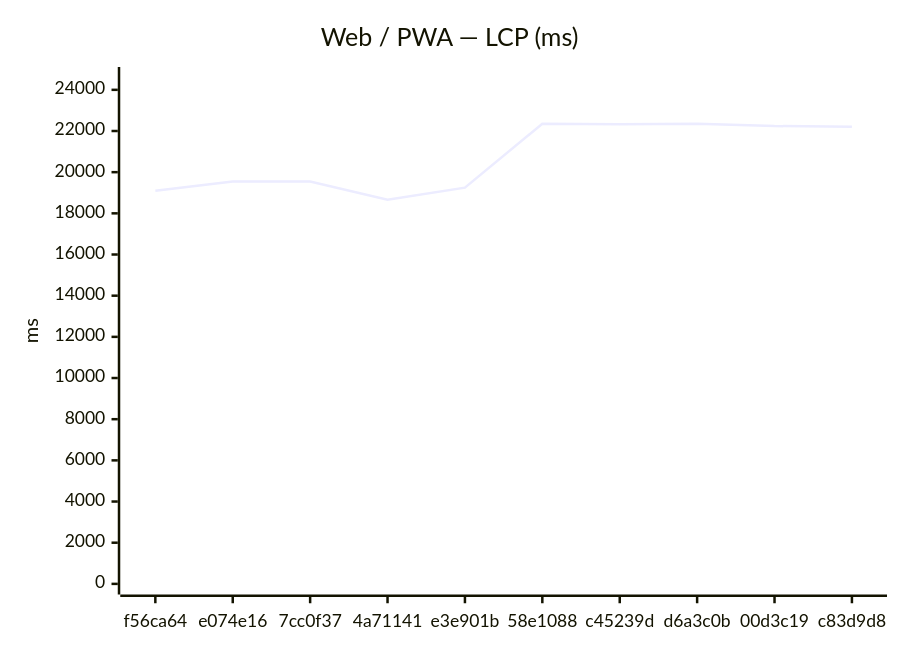
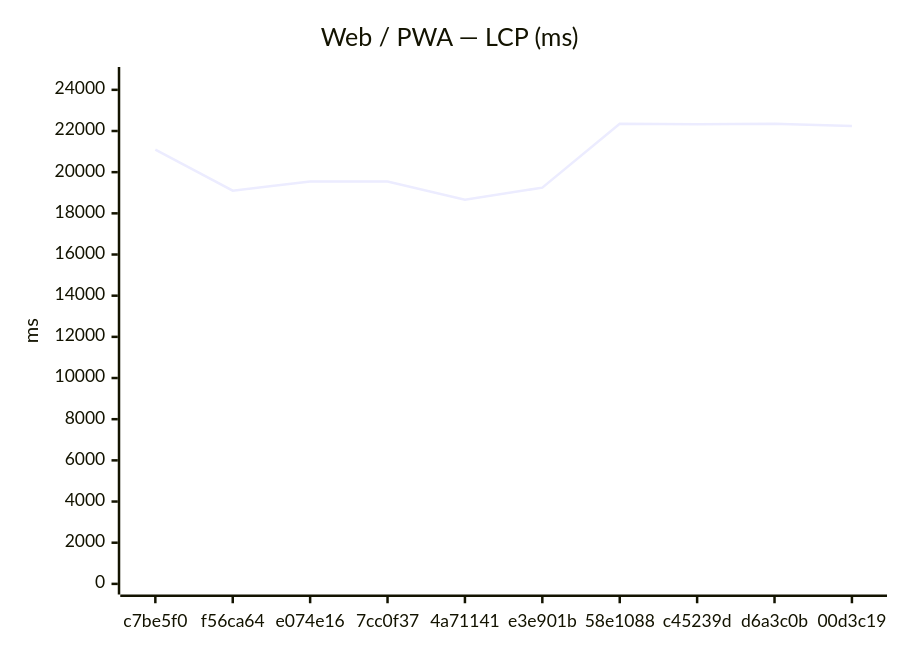
One commit to Metaheurist/Rianell changed the first of 18 diagrams in benchmarks/compare.md. Above: the diagram before and after it, drawn with Mermaid. The commit also changed other lines of this file and 11 other files, not shown here.

````diff
--- a/benchmarks/compare.md
+++ b/benchmarks/compare.md
@@ -24,7 +24,7 @@
 ```mermaid
 xychart-beta
     title "Web / PWA — LCP (ms)"
-    x-axis ["f56ca64", "e074e16", "7cc0f37", "4a71141", "e3e901b", "58e1088", "c45239d", "d6a3c0b", "00d3c19", "c83d9d8"]
+    x-axis ["c7be5f0", "f56ca64", "e074e16", "7cc0f37", "4a71141", "e3e901b", "58e1088", "c45239d", "d6a3c0b", "00d3c19"]
     y-axis "ms" 0 --> 24593
-    line [19101, 19549, 19542, 18663, 19248, 22351, 22326, 22357, 22240, 22209]
+    line [21095, 19101, 19549, 19542, 18663, 19248, 22351, 22326, 22357, 22240]
 ```
````
